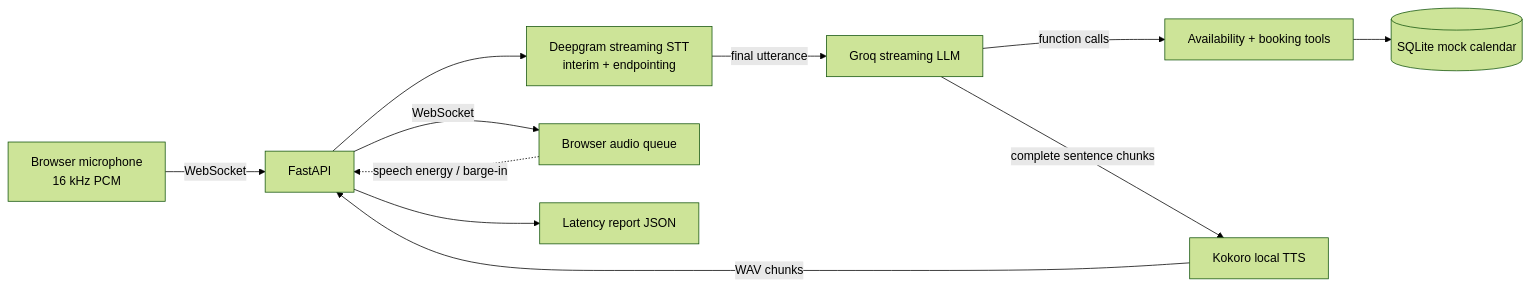
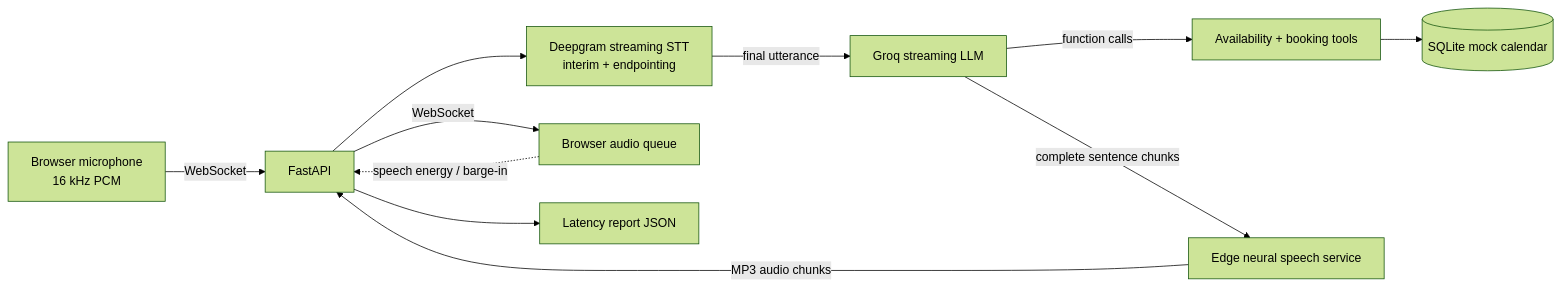
Before and after one commit to ChaitanyaKumar-17/Talk2Book: the diagram in README.md, drawn with Mermaid (forest theme). The commit also changed other lines of this file and 11 other files, not shown here.

````diff
--- a/README.md
+++ b/README.md
@@ -7,13 +7,13 @@
 ```mermaid
 flowchart LR
 	Mic[Browser microphone\n16 kHz PCM] -->|WebSocket| API[FastAPI]
 	API --> STT[Deepgram streaming STT\ninterim + endpointing]
 	STT -->|final utterance| LLM[Groq streaming LLM]
 	LLM -->|function calls| Tools[Availability + booking tools]
 	Tools --> DB[(SQLite mock calendar)]
-	LLM -->|complete sentence chunks| TTS[Kokoro local TTS]
-	TTS -->|WAV chunks| API
+	LLM -->|complete sentence chunks| TTS[Edge neural speech service]
+	TTS -->|MP3 audio chunks| API
 	API -->|WebSocket| Browser[Browser audio queue]
 	Browser -. speech energy / barge-in .-> API
 	API --> Metrics[Latency report JSON]
 ```
````
